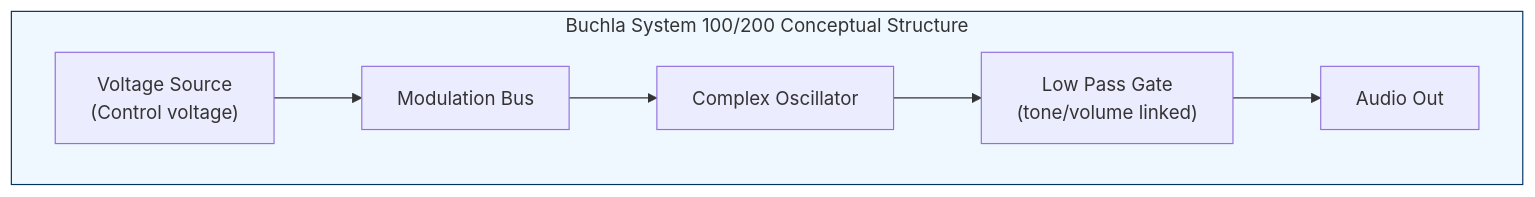
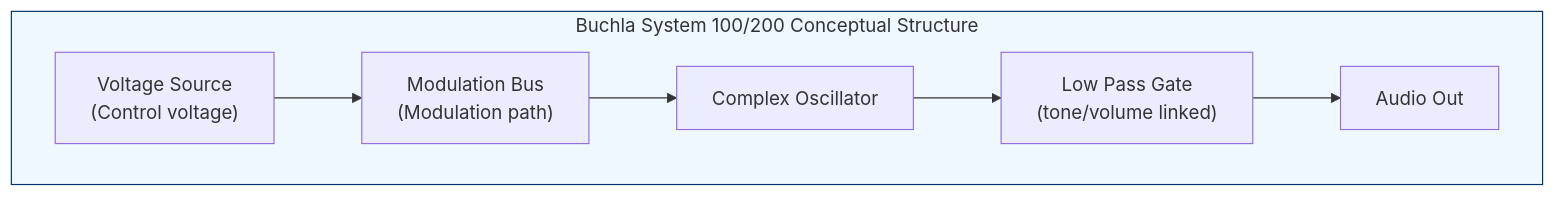
One commit to monumental-movement/monumental-movement.github.io changed the first of 2 diagrams in en/_posts/2025-10-25-column-buchla-serge.md. Above: the diagram before and after it, drawn with Mermaid. The commit also changed other lines of this file and 371 other files, not shown here.

```diff
--- a/en/_posts/2025-10-25-column-buchla-serge.md
+++ b/en/_posts/2025-10-25-column-buchla-serge.md
@@ -67,13 +67,13 @@
 <div class="mermaid">
 
 flowchart LR
   subgraph Buchla_System["Buchla System 100/200 Conceptual Structure"]
     direction LR
-    CV["Voltage Source<br>(Control voltage)"] --> MOD["Modulation Bus<br>"]
+    CV["Voltage Source<br>(Control voltage)"] --> MOD["Modulation Bus<br>(Modulation path)"]
     MOD --> OSC["Complex Oscillator<br>"]
     OSC --> LPG["Low Pass Gate<br>(tone/volume linked)"]
     LPG --> OUT["Audio Out"]
   end
   style Buchla_System fill:#f0f8ff,stroke:#003366,stroke-width:1px;
 
 </div>
```
